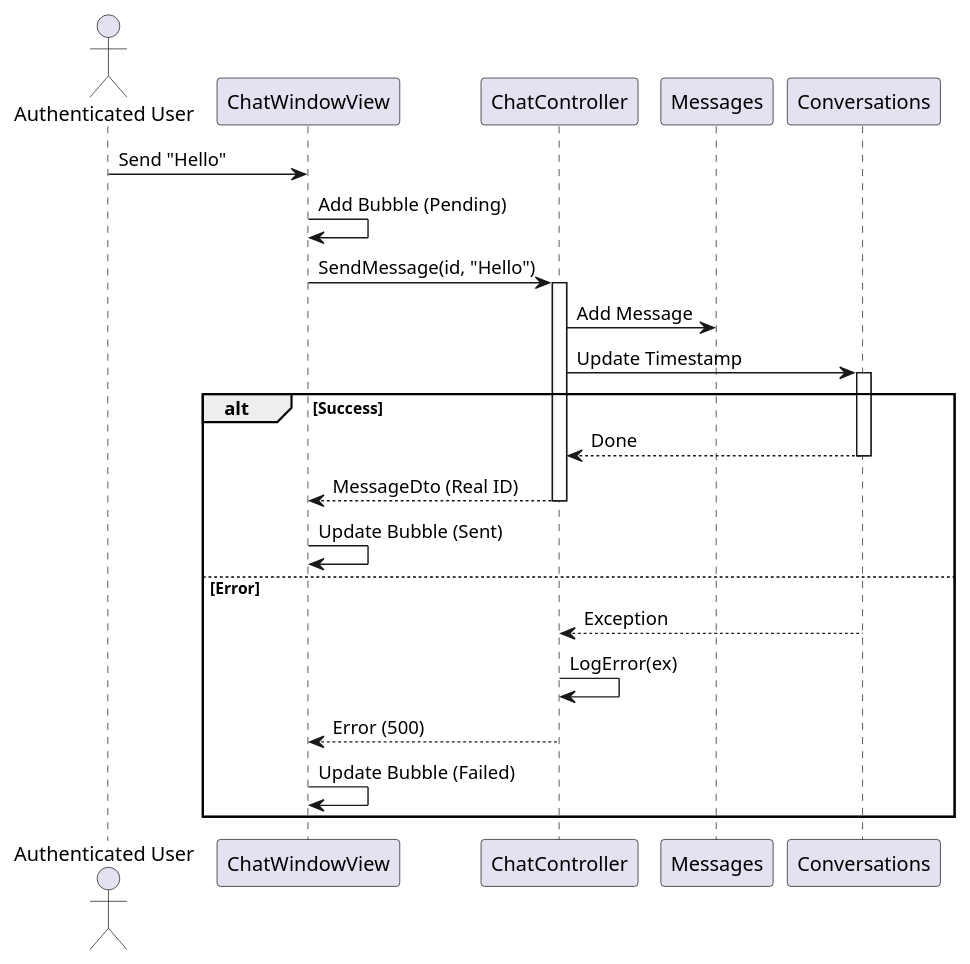
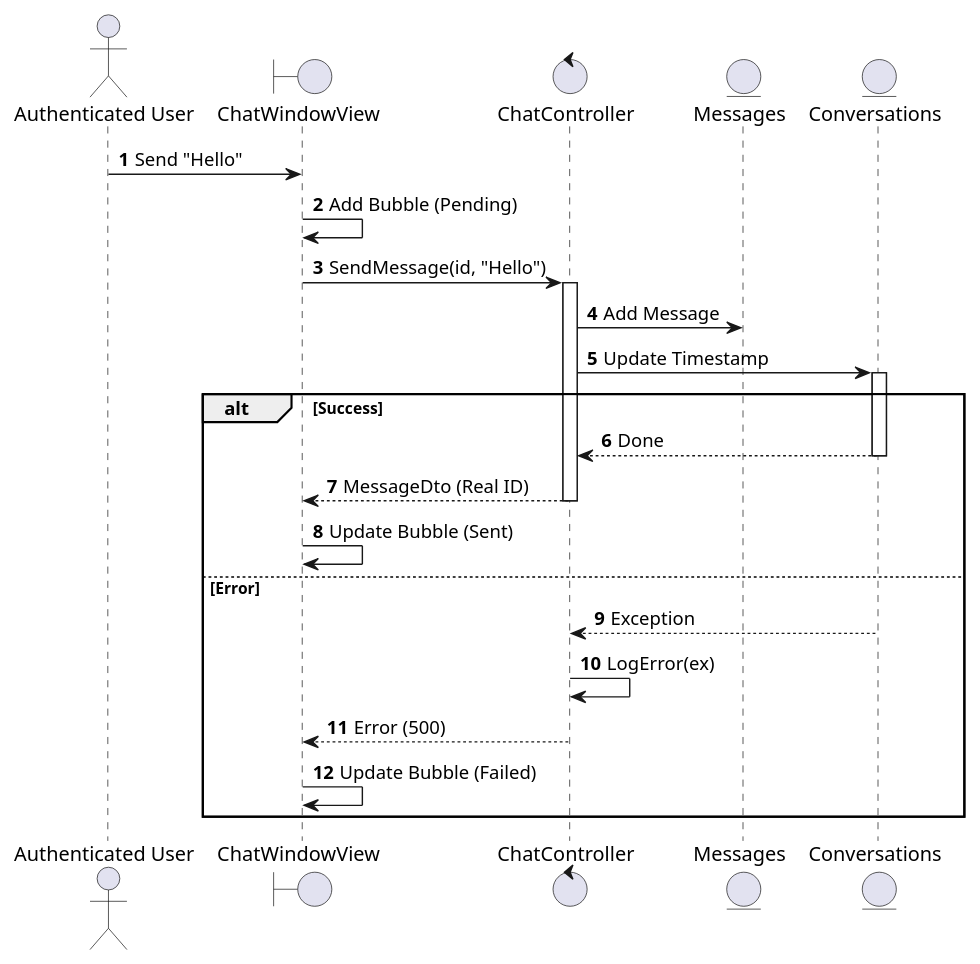
The eighth of 16 diagrams in UC_2.1.7_Chat.md (I-Love-U-3000/Favi-BE), drawn with PlantUML before and after one commit. The commit also changed other lines of this file and 36 other files, not shown here.

````diff
--- a/UC_2.1.7_Chat.md
+++ b/UC_2.1.7_Chat.md
@@ -329,31 +340,32 @@
 ```plantuml
 @startuml
+autonumber
 actor "Authenticated User" as User
-participant "ChatWindowView" as View
-participant "ChatController" as Controller
-participant "Messages" as DB_Msg
-participant "Conversations" as DB_Conv
+boundary "ChatWindowView" as View
+control "ChatController" as Controller
+entity "Messages" as DB_Msg
+entity "Conversations" as DB_Conv
 
 User -> View: Send "Hello"
 View -> View: Add Bubble (Pending)
 View -> Controller: SendMessage(id, "Hello")
 activate Controller
 Controller -> DB_Msg: Add Message
 Controller -> DB_Conv: Update Timestamp
 activate DB_Conv
 alt Success
     DB_Conv --> Controller: Done
     deactivate DB_Conv
     Controller --> View: MessageDto (Real ID)
     deactivate Controller
     View -> View: Update Bubble (Sent)
 else Error
     DB_Conv --> Controller: Exception
     deactivate DB_Conv
     Controller -> Controller: LogError(ex)
     Controller --> View: Error (500)
     deactivate Controller
     View -> View: Update Bubble (Failed)
 end
 @enduml
 ```
````
